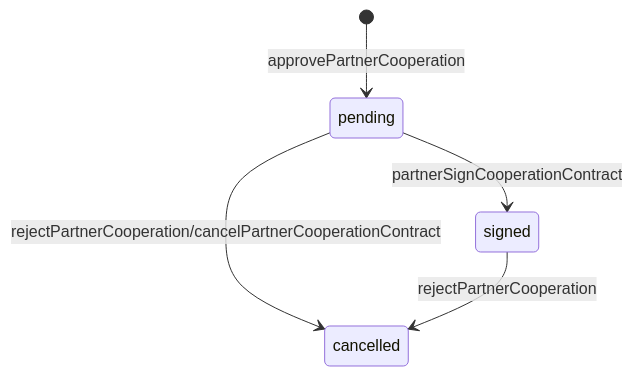
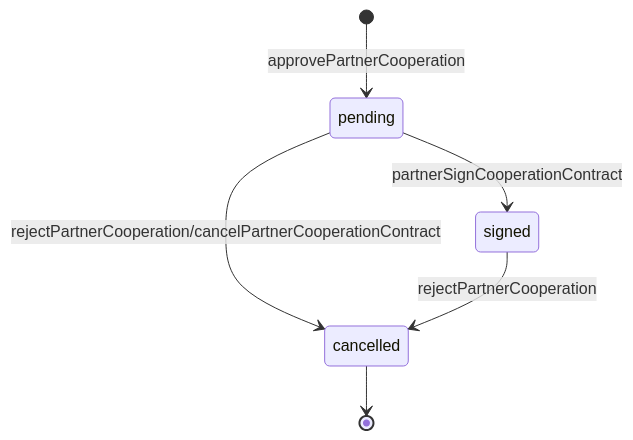
The seventh of 21 diagrams in documents/state-machine-catalog.md (klong-dev/IntelliServOps), drawn with Mermaid before and after one commit. The commit also changed other lines of this file and 8 other files, not shown here.

````diff
--- a/documents/state-machine-catalog.md
+++ b/documents/state-machine-catalog.md
@@ -272,7 +281,8 @@
 ```mermaid
 stateDiagram-v2
     [*] --> pending: approvePartnerCooperation
     pending --> signed: partnerSignCooperationContract
     pending --> cancelled: rejectPartnerCooperation/cancelPartnerCooperationContract
     signed --> cancelled: rejectPartnerCooperation
+    cancelled --> [*]
 ```
````
